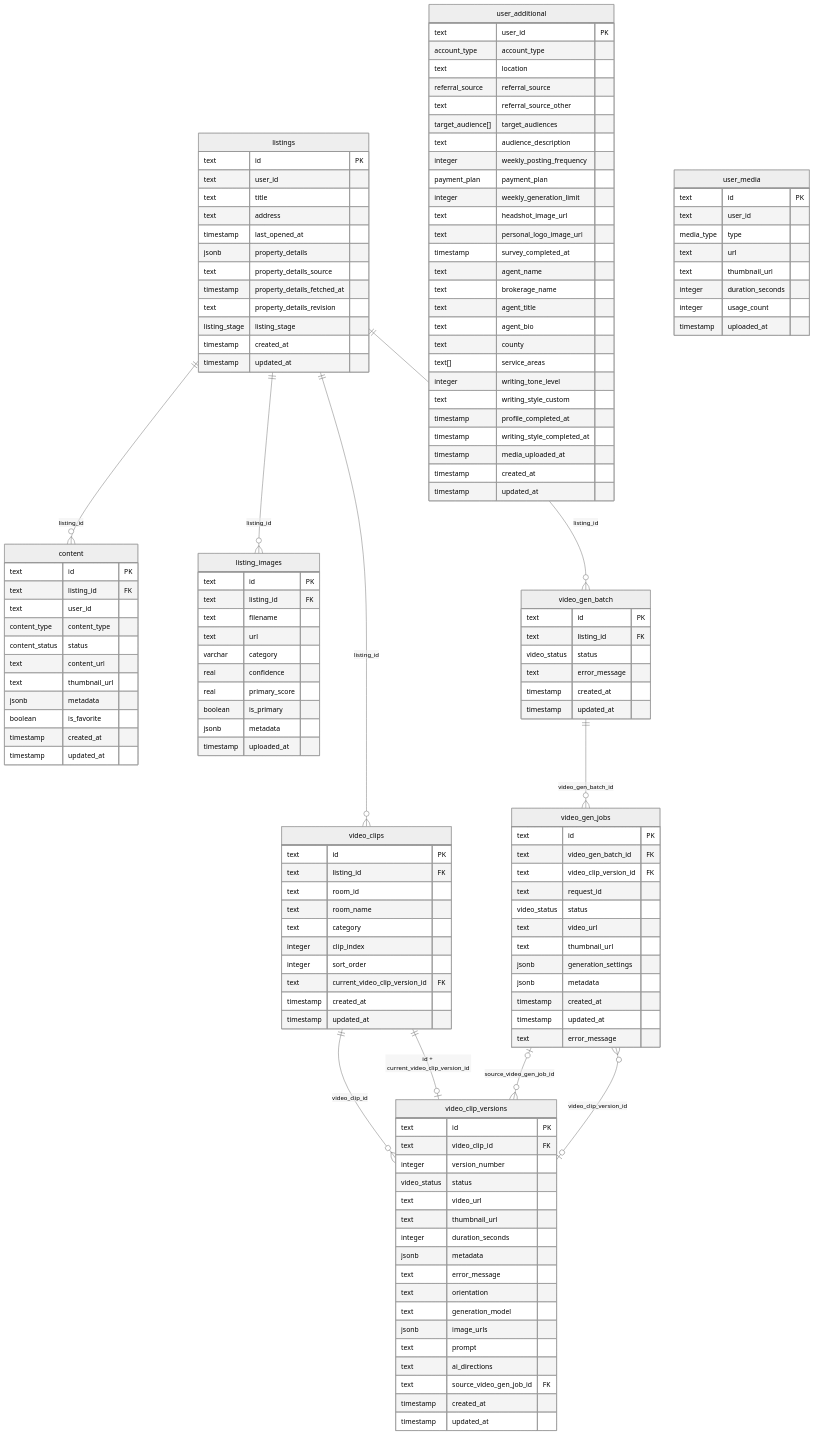
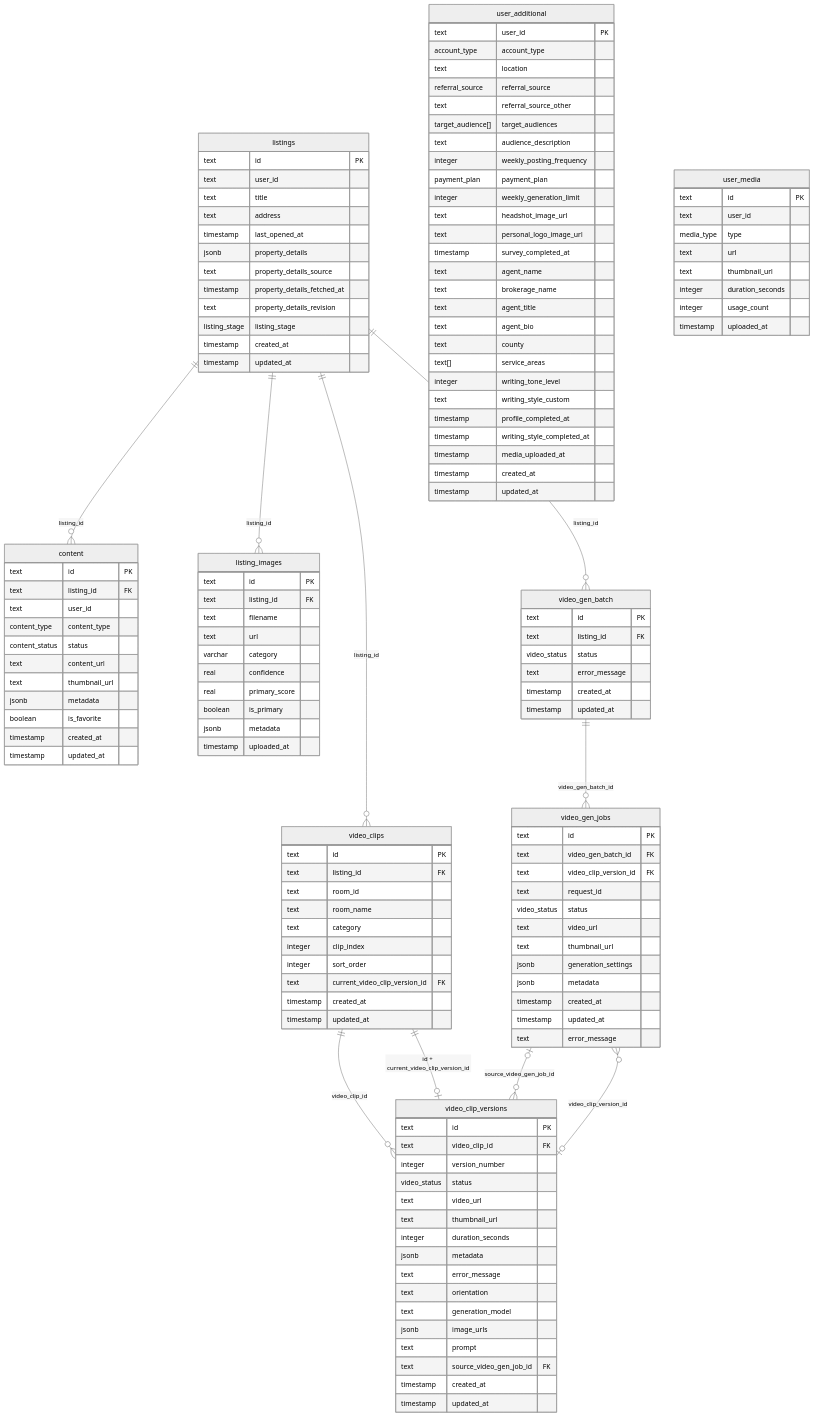
One commit to cladams7905/zencourt changed the diagram in packages/db/ERD.md. Above: the diagram before and after it, drawn with Mermaid (neutral theme). The commit also changed 27 other files, not shown here.

```diff
--- a/packages/db/ERD.md
+++ b/packages/db/ERD.md
@@ -85,7 +85,6 @@
     text generation_model
     jsonb image_urls
     text prompt
-    text ai_directions
     text source_video_gen_job_id FK
     timestamp created_at
     timestamp updated_at
```
